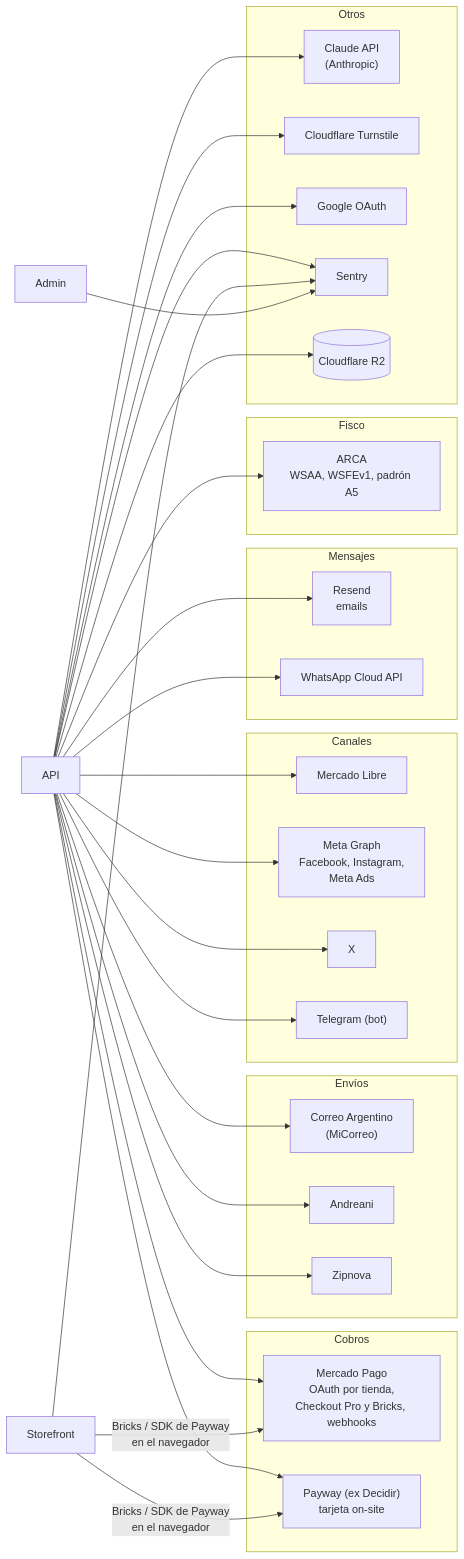
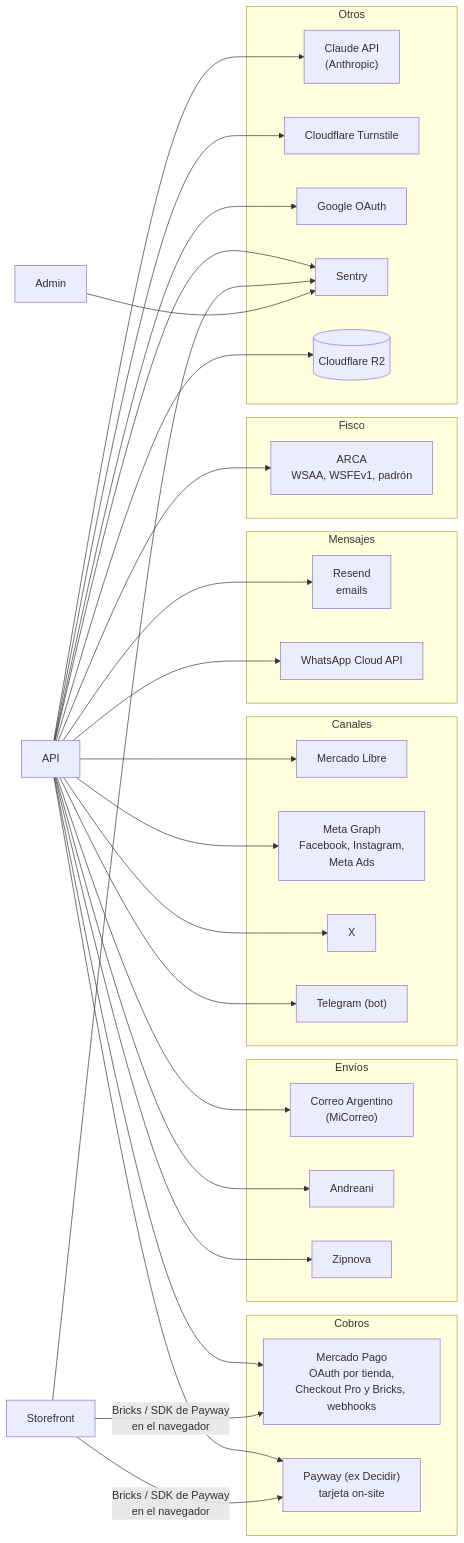
Before and after one commit to alanshalem/tiendafy: the third of 5 diagrams in docs/arquitectura.md, drawn with Mermaid. The commit also changed other lines of this file and 18 other files, not shown here.

````diff
--- a/docs/arquitectura.md
+++ b/docs/arquitectura.md
@@ -170,42 +170,42 @@
 ```mermaid
 flowchart LR
     API["API"]
     SF["Storefront"]
     AD["Admin"]
 
     subgraph Cobros
         MP["Mercado Pago<br/>OAuth por tienda,<br/>Checkout Pro y Bricks, webhooks"]
         PW["Payway (ex Decidir)<br/>tarjeta on-site"]
     end
     subgraph Envios["Envíos"]
         CA["Correo Argentino<br/>(MiCorreo)"]
         AN["Andreani"]
         ZN["Zipnova"]
     end
     subgraph Canales
         ML["Mercado Libre"]
         META["Meta Graph<br/>Facebook, Instagram,<br/>Meta Ads"]
         X["X"]
         TG["Telegram (bot)"]
     end
     subgraph Mensajeria["Mensajes"]
         RS["Resend<br/>emails"]
         WA["WhatsApp Cloud API"]
     end
     subgraph Fisco
-        ARCA["ARCA<br/>WSAA, WSFEv1, padrón A5"]
+        ARCA["ARCA<br/>WSAA, WSFEv1, padrón"]
     end
     subgraph Otros
         AI["Claude API<br/>(Anthropic)"]
         TS["Cloudflare Turnstile"]
         GO["Google OAuth"]
         SE["Sentry"]
         R2[("Cloudflare R2")]
     end
 
     API --> MP & PW & CA & AN & ZN & ML & META & X & TG & RS & WA & ARCA & AI & TS & GO & R2
     API --> SE
     SF --> SE
     AD --> SE
     SF -->|"Bricks / SDK de Payway<br/>en el navegador"| MP & PW
 ```
````
